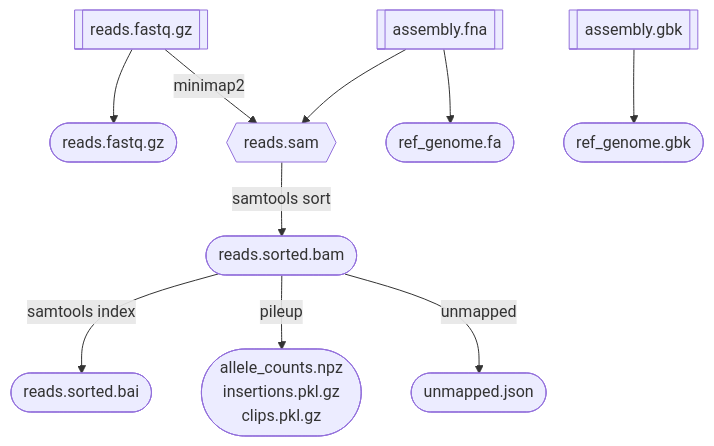
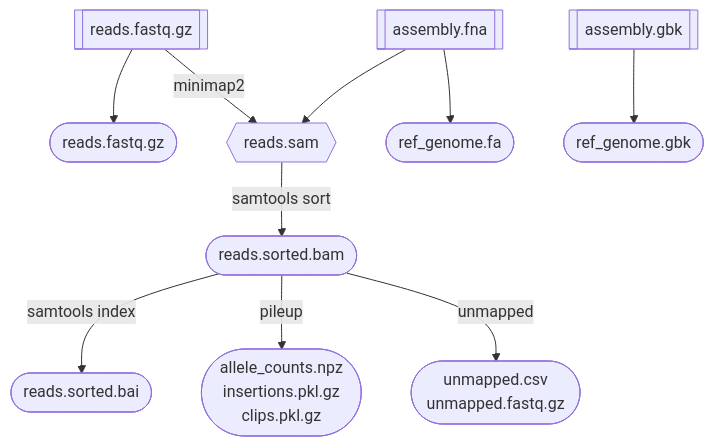
One commit to mmolari/morbidostat-genome-analysis changed the second of 2 diagrams in notes/pipeline_description.md. Above: the diagram before and after it, drawn with Mermaid. The commit also changed other lines of this file and 2 other files, not shown here.

Commit message:
chore: json to fastq output for unmapped reads

````diff
--- a/notes/pipeline_description.md
+++ b/notes/pipeline_description.md
@@ -29,32 +29,33 @@
 ```mermaid
 flowchart TB
     Agbk[["assembly.gbk"]]
     Afa[["assembly.fna"]]
     R[["reads.fastq.gz"]]
     
     R --> Rout
 
     Sam{{"reads.sam"}}
     Bam(["reads.sorted.bam"])
     Bai(["reads.sorted.bai"])
 
     Ggbk(["ref_genome.gbk"])
     Gfa(["ref_genome.fa"])
     Rout(["reads.fastq.gz"])
 
     PP(["allele_counts.npz
         insertions.pkl.gz
         clips.pkl.gz"])
-    Pum(["unmapped.json"])
+    Pum(["unmapped.csv
+        unmapped.fastq.gz"])
 
     Afa --> Sam
     R --> |"minimap2"| Sam
 
     Afa --> Gfa
     Agbk --> Ggbk
 
     Sam --> |"samtools sort"| Bam
     Bam --> |"samtools index"| Bai
     Bam --> |"pileup"| PP
     Bam --> |"unmapped"| Pum
 ```
````
